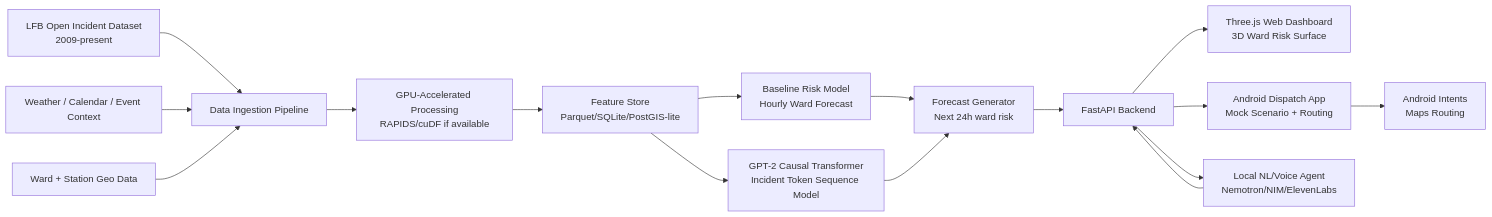
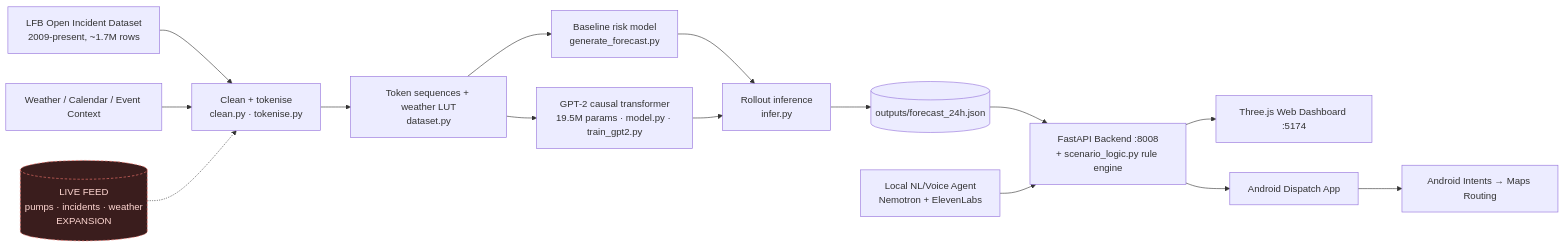
One commit to Hha21/Hackathon_NVIDIALONDON changed the first of 2 diagrams in README.md. Above: the diagram before and after it, drawn with Mermaid. The commit also changed other lines of this file, not shown here.

First line of the commit message:
docs(readme): correct figures and add training/readiness + real-time roadmap

````diff
--- a/README.md
+++ b/README.md
@@ -118,24 +145,22 @@
 ```mermaid
 flowchart LR
-    A[LFB Open Incident Dataset<br/>2009-present] --> B[Data Ingestion Pipeline]
+    A[LFB Open Incident Dataset<br/>2009-present, ~1.7M rows] --> B[Clean + tokenise<br/>clean.py · tokenise.py]
     W[Weather / Calendar / Event Context] --> B
-    G[Ward + Station Geo Data] --> B
+    L[("LIVE FEED<br/>pumps · incidents · weather<br/>EXPANSION")]:::future -.-> B
 
-    B --> C[GPU-Accelerated Processing<br/>RAPIDS/cuDF if available]
-    C --> D[Feature Store<br/>Parquet/SQLite/PostGIS-lite]
+    B --> D[Token sequences + weather LUT<br/>dataset.py]
+    D --> E1[Baseline risk model<br/>generate_forecast.py]
+    D --> E2[GPT-2 causal transformer<br/>19.5M params · model.py · train_gpt2.py]
 
-    D --> E1[Baseline Risk Model<br/>Hourly Ward Forecast]
-    D --> E2[GPT-2 Causal Transformer<br/>Incident Token Sequence Model]
+    E1 --> F[Rollout inference<br/>infer.py]
+    E2 --> F
+    F --> JSON[(outputs/forecast_24h.json)]
 
-    E1 --> F[Forecast Generator<br/>Next 24h ward risk]
-    E2 --> F
+    JSON --> H[FastAPI Backend :8008<br/>+ scenario_logic.py rule engine]
+    H --> I[Three.js Web Dashboard :5174]
+    H --> J[Android Dispatch App]
+    K[Local NL/Voice Agent<br/>Nemotron + ElevenLabs] --> H
+    J --> M[Android Intents → Maps Routing]
 
-    F --> H[FastAPI Backend]
-
-    H --> I[Three.js Web Dashboard<br/>3D Ward Risk Surface]
-    H --> J[Android Dispatch App<br/>Mock Scenario + Routing]
-    H --> K[Local NL/Voice Agent<br/>Nemotron/NIM/ElevenLabs]
-
-    J --> L[Android Intents<br/>Maps Routing]
-    K --> H
+    classDef future fill:#3a1d1d,stroke:#ff7b72,color:#ffd7d2,stroke-dasharray: 4 3;
 ```
````
